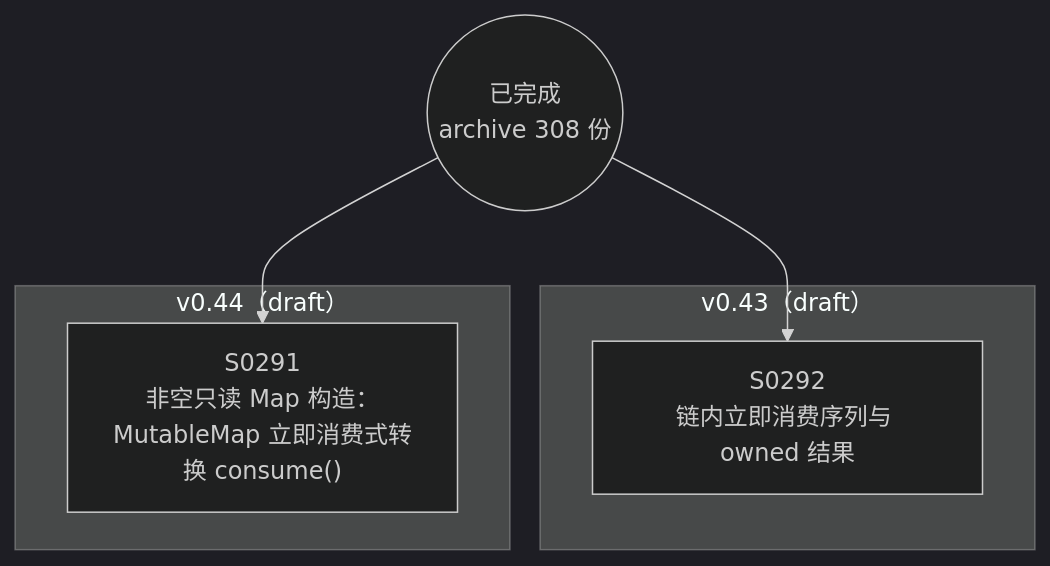
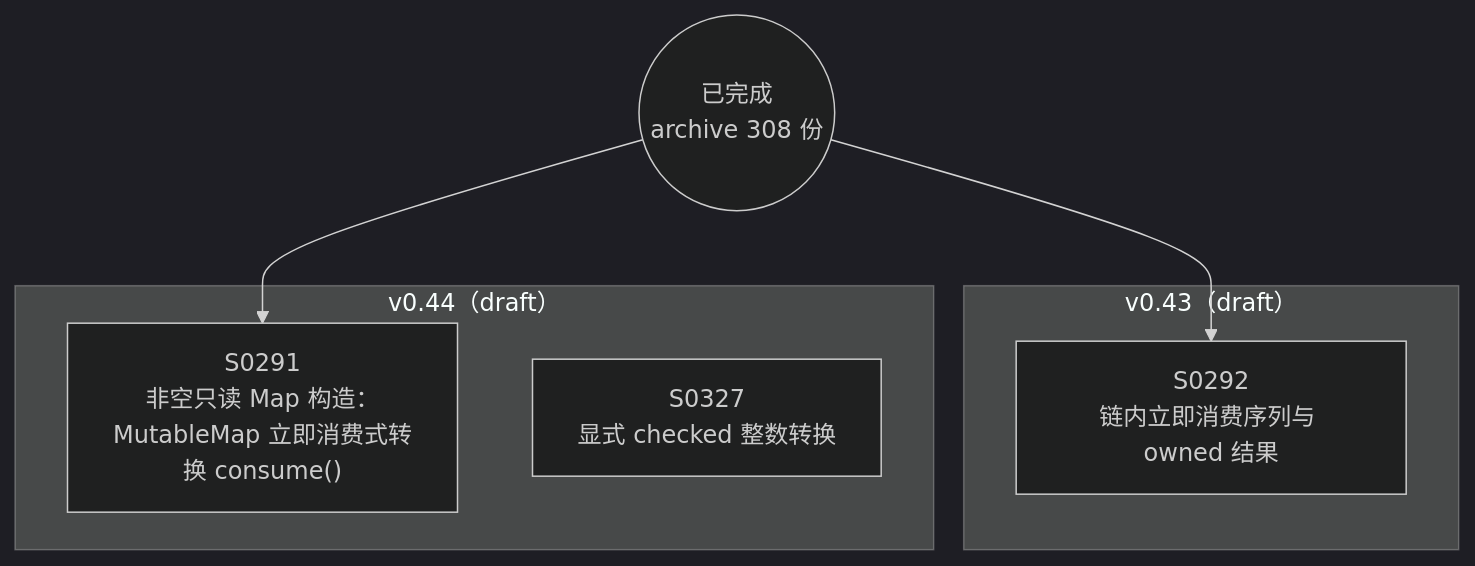
One commit to Halckon/Koven changed the diagram in docs/specs/dependency-graph.md. Above: the diagram before and after it, drawn with Mermaid (dark theme). The commit also changed other lines of this file and 6 other files, not shown here.

````diff
--- a/docs/specs/dependency-graph.md
+++ b/docs/specs/dependency-graph.md
@@ -9,12 +9,13 @@
 ```mermaid
 flowchart TD
 ARCH(("已完成<br/>archive 308 份"))
 subgraph Gdrafts_v043["v0.43（draft）"]
   S0292["S0292<br/>链内立即消费序列与 owned 结果"]
 end
 subgraph Gdrafts_v044["v0.44（draft）"]
   S0291["S0291<br/>非空只读 Map 构造：MutableMap 立即消费式转换 consume()"]
+  S0327["S0327<br/>显式 checked 整数转换"]
 end
 ARCH --> S0291
 ARCH --> S0292
 ```
````
